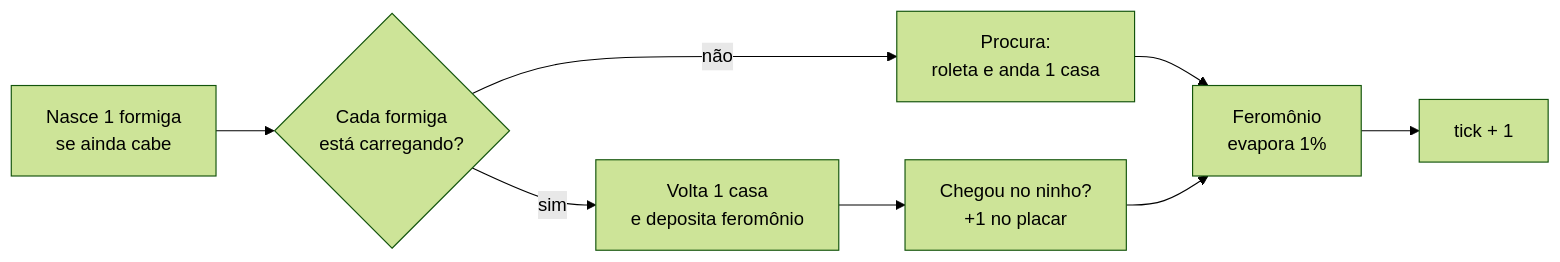
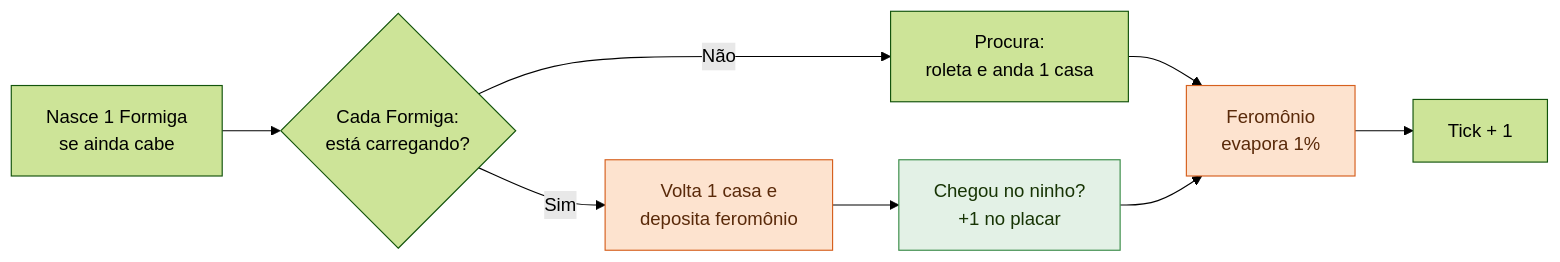
Before and after one commit to dedemandias/AutoBot: the diagram in README.md, drawn with Mermaid (forest theme). The commit also changed other lines of this file and 1 other file, not shown here.

````diff
--- a/README.md
+++ b/README.md
@@ -81,10 +79,13 @@
 ```mermaid
 flowchart LR
-    A[Nasce 1 formiga<br>se ainda cabe] --> B{Cada formiga<br>está carregando?}
-    B -- não --> C[Procura:<br>roleta e anda 1 casa]
-    B -- sim --> D[Volta 1 casa<br>e deposita feromônio]
+    A[Nasce 1 Formiga<br>se ainda cabe] --> B{Cada Formiga:<br>está carregando?}
+    B -- Não --> C[Procura:<br>roleta e anda 1 casa]
+    B -- Sim --> D[Volta 1 casa e<br>deposita feromônio]
     D --> E[Chegou no ninho?<br>+1 no placar]
     C --> F[Feromônio<br>evapora 1%]
     E --> F
-    F --> G[tick + 1]
+    F --> G[Tick + 1]
+    style D fill:#FDE3CF,stroke:#D6601E,color:#5A2A0A
+    style F fill:#FDE3CF,stroke:#D6601E,color:#5A2A0A
+    style E fill:#E3F1E6,stroke:#3A8C48,color:#173404
 ```
````
